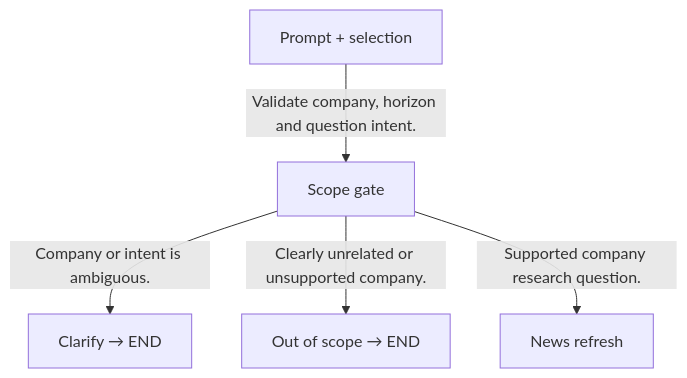
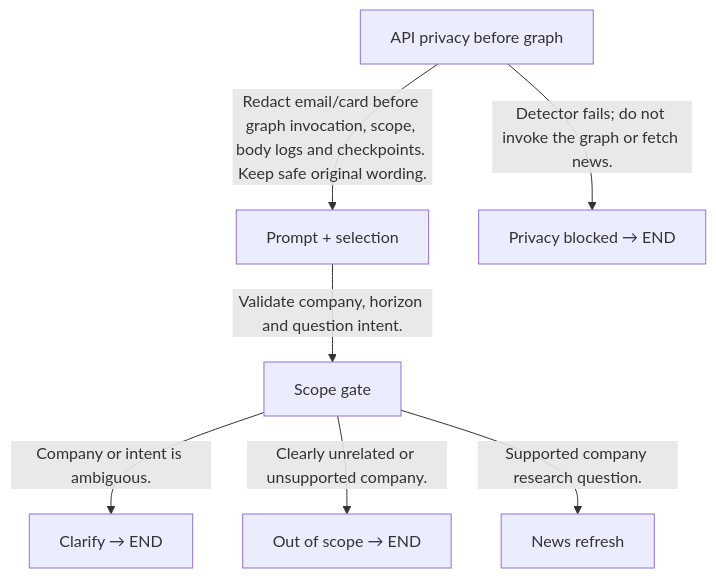
Before and after one commit to ByronHo68/ai-learning-academy: the first of 11 diagrams in docs/FINANCIAL_REPORT_DEVELOPMENT_PROPOSAL.md, drawn with Mermaid. The commit also changed other lines of this file and 64 other files, not shown here.

````diff
--- a/docs/FINANCIAL_REPORT_DEVELOPMENT_PROPOSAL.md
+++ b/docs/FINANCIAL_REPORT_DEVELOPMENT_PROPOSAL.md
@@ -889,12 +901,16 @@
 ```mermaid
 flowchart TD
-  n0["Prompt + selection"]
-  n1["Scope gate"]
-  n2["Clarify → END"]
-  n3["Out of scope → END"]
-  n4["News refresh"]
-  n0 -->|"Validate company, horizon and question intent."| n1
-  n1 -->|"Company or intent is ambiguous."| n2
-  n1 -->|"Clearly unrelated or unsupported company."| n3
-  n1 -->|"Supported company research question."| n4
+  n0["API privacy before graph"]
+  n1["Prompt + selection"]
+  n2["Privacy blocked → END"]
+  n3["Scope gate"]
+  n4["Clarify → END"]
+  n5["Out of scope → END"]
+  n6["News refresh"]
+  n0 -->|"Redact email/card before graph invocation, scope, body logs and checkpoints. Keep safe original wording."| n1
+  n0 -->|"Detector fails; do not invoke the graph or fetch news."| n2
+  n1 -->|"Validate company, horizon and question intent."| n3
+  n3 -->|"Company or intent is ambiguous."| n4
+  n3 -->|"Clearly unrelated or unsupported company."| n5
+  n3 -->|"Supported company research question."| n6
 ```
````
